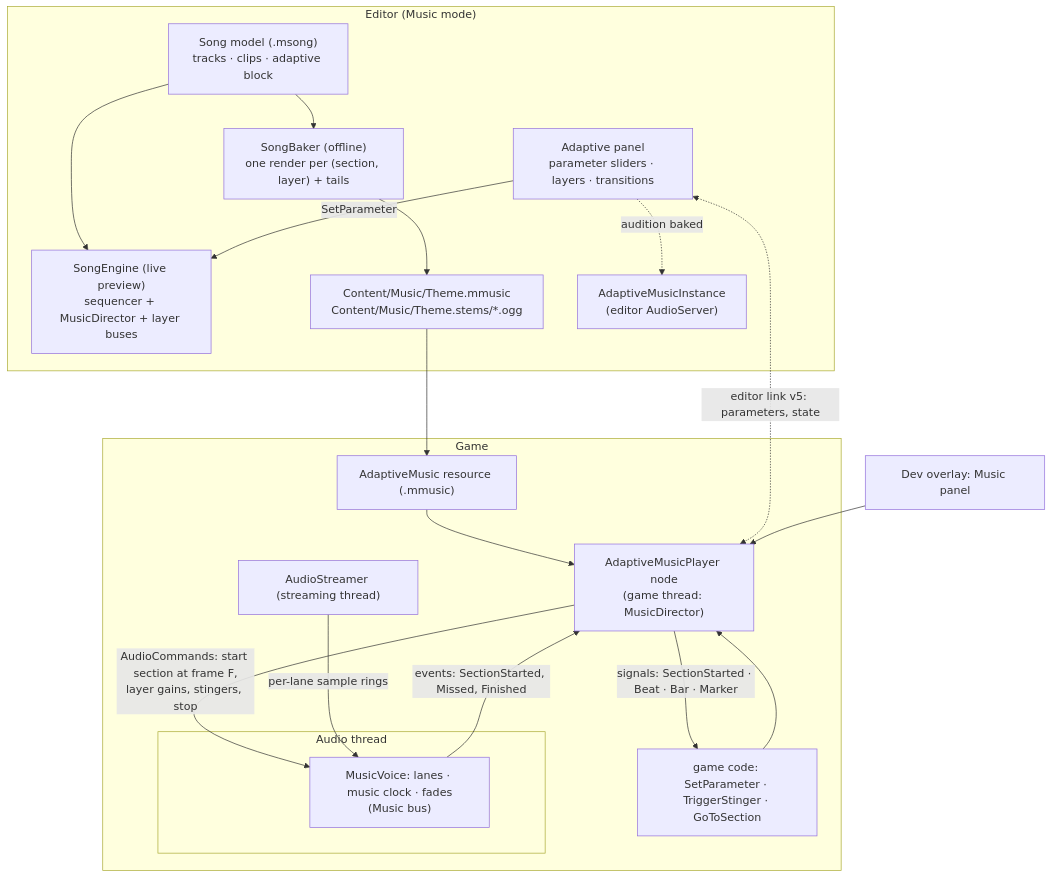
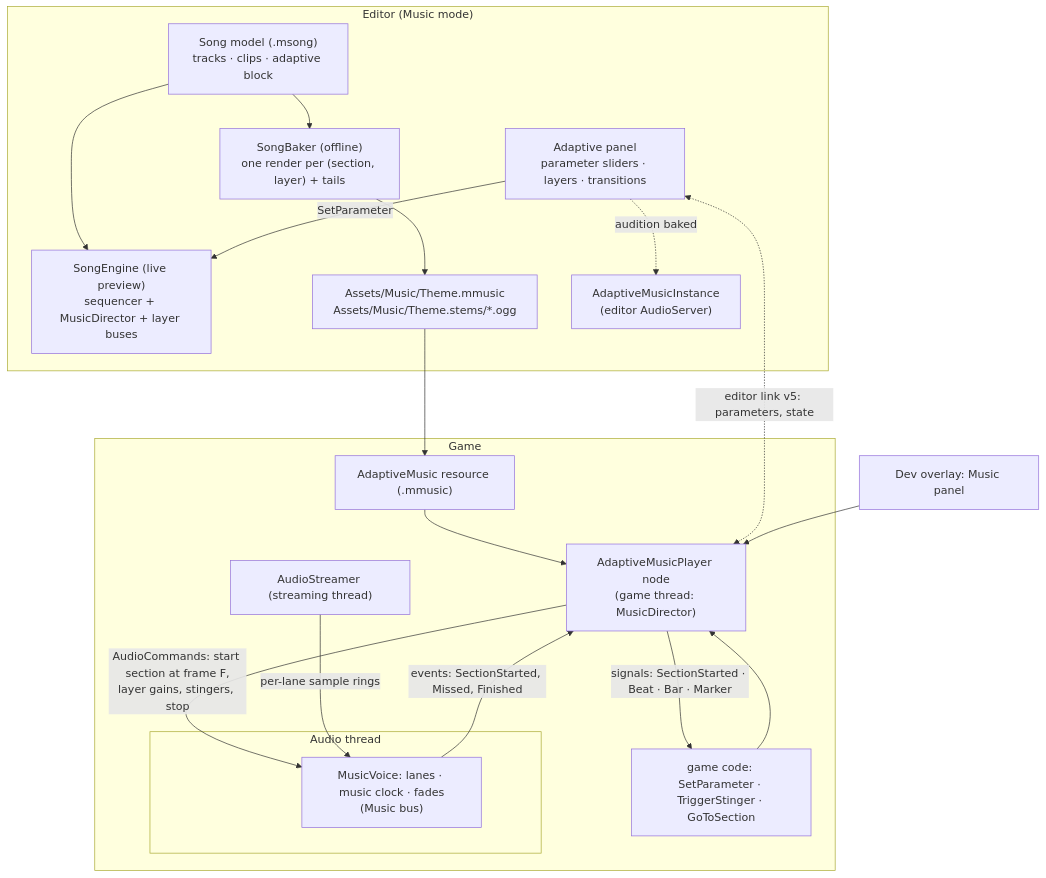
One commit to Mainframe-Games/mainframe-engine changed the diagram in docs/design/future/adaptive-music.md. Above: the diagram before and after it, drawn with Mermaid. The commit also changed other lines of this file and 1186 other files, not shown here.

First line of the commit message:
Rename the content folder Content/ to Assets/ (ADR 0197) (#93)

````diff
--- a/docs/design/future/adaptive-music.md
+++ b/docs/design/future/adaptive-music.md
@@ -78,24 +78,24 @@
 ```mermaid
 flowchart TB
     subgraph Editor["Editor (Music mode)"]
         Model["Song model (.msong)<br/>tracks · clips · adaptive block"] --> Live["SongEngine (live preview)<br/>sequencer + MusicDirector + layer buses"]
         Panel["Adaptive panel<br/>parameter sliders · layers · transitions"] -- "SetParameter" --> Live
         Model --> Bake["SongBaker (offline)<br/>one render per (section, layer) + tails"]
-        Bake --> Files["Content/Music/Theme.mmusic<br/>Content/Music/Theme.stems/*.ogg"]
+        Bake --> Files["Assets/Music/Theme.mmusic<br/>Assets/Music/Theme.stems/*.ogg"]
         Panel -. "audition baked" .-> Inst["AdaptiveMusicInstance<br/>(editor AudioServer)"]
     end
     subgraph Game["Game"]
         Res["AdaptiveMusic resource (.mmusic)"] --> Node["AdaptiveMusicPlayer node<br/>(game thread: MusicDirector)"]
         Code["game code: SetParameter · TriggerStinger · GoToSection"] --> Node
         Node -- "AudioCommands: start section at frame F,<br/>layer gains, stingers, stop" --> Voice
         subgraph AT["Audio thread"]
             Voice["MusicVoice: lanes · music clock · fades<br/>(Music bus)"]
         end
         Streamer["AudioStreamer (streaming thread)"] -- "per-lane sample rings" --> Voice
         Voice -- "events: SectionStarted, Missed, Finished" --> Node
         Node -- "signals: SectionStarted · Beat · Bar · Marker" --> Code
     end
     Files --> Res
     Panel <-. "editor link v5: parameters, state" .-> Node
     Overlay["Dev overlay: Music panel"] --> Node
 ```
````
